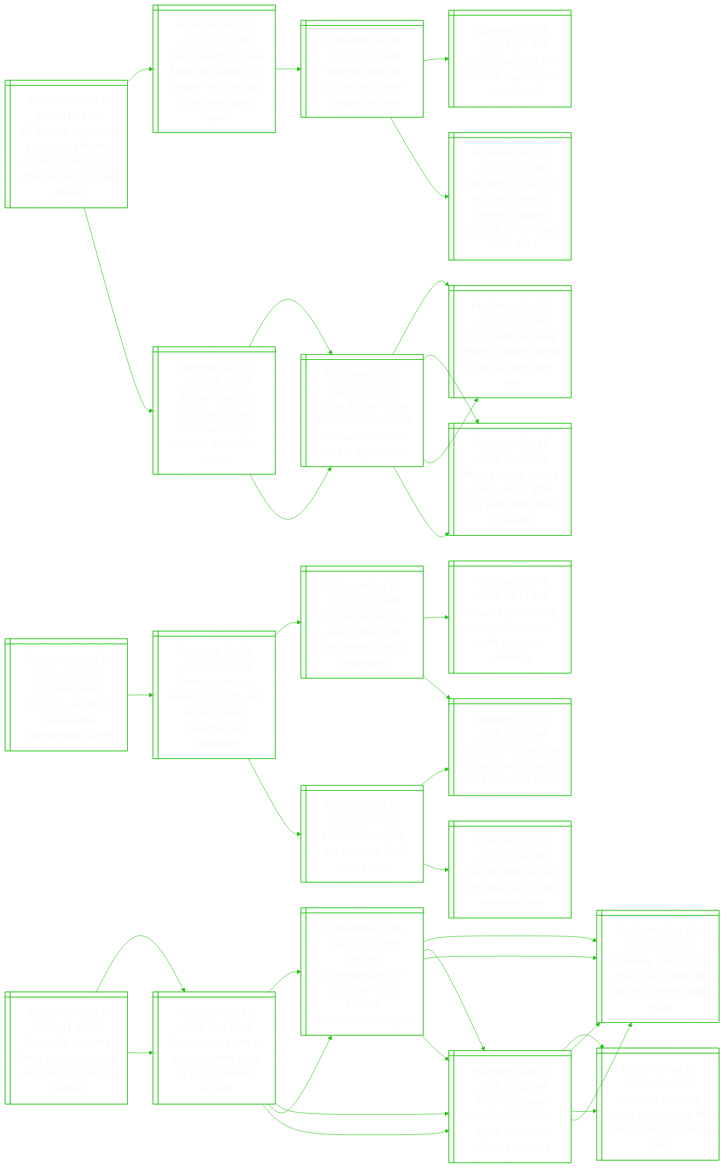
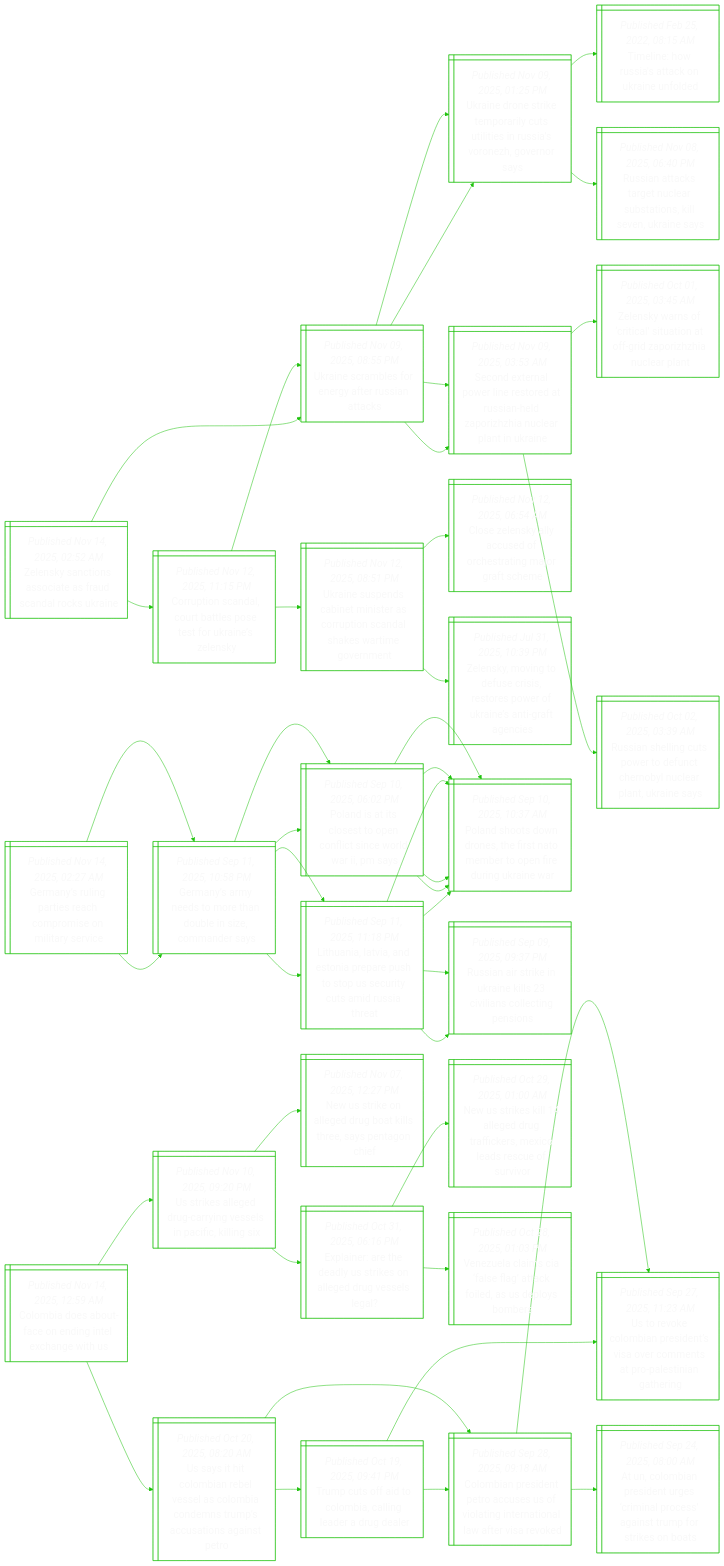
Before and after one commit to notJmes/notJmes: the diagram in README.md, drawn with Mermaid. The commit also changed other lines of this file, not shown here.

````diff
--- a/README.md
+++ b/README.md
@@ -16,112 +16,136 @@
 flowchart LR
 classDef txtsize font-size:20px;
 
-Meekenanhcoa@{ shape: win-pane, label: "_Published Nov 13, 2025, 11:40 PM_
-Merz tells zelensky fewer young ukrainian men should come to germany" }
-Uneoangtlad@{ shape: win-pane, label: "_Published Aug 27, 2025, 01:11 AM_
-Ukraine eases ban on ukrainian men aged 18 to 22 travelling abroad" }
-Unndoseienpvg@{ shape: win-pane, label: "_Published Aug 26, 2025, 10:27 PM_
-Ukraine acknowledges for first time russia entered dnipropetrovsk region" }
-Zsysieisitit@{ shape: win-pane, label: "_Published Aug 22, 2025, 08:47 PM_
-Zelensky says russia doing ‘everything’ to stop his meeting with putin" }
-Woiaamiesics@{ shape: win-pane, label: "_Published Aug 23, 2025, 01:52 AM_
-With no ukraine peace deal, trump again threatens russia sanctions" }
-Woiaamiesics@{ shape: win-pane, label: "_Published Aug 23, 2025, 01:52 AM_
-With no ukraine peace deal, trump again threatens russia sanctions" }
-UnlyRanrefes@{ shape: win-pane, label: "_Published Aug 22, 2025, 03:43 AM_
-Ukraine’s zelensky says russia trying to ‘wriggle out’ of peace talks" }
-Zsysieisitit@{ shape: win-pane, label: "_Published Aug 22, 2025, 08:47 PM_
-Zelensky says russia doing ‘everything’ to stop his meeting with putin" }
-Uneoangtlad@{ shape: win-pane, label: "_Published Aug 27, 2025, 01:11 AM_
-Ukraine eases ban on ukrainian men aged 18 to 22 travelling abroad" }
-Unndoseienpvg@{ shape: win-pane, label: "_Published Aug 26, 2025, 10:27 PM_
-Ukraine acknowledges for first time russia entered dnipropetrovsk region" }
-Zsysieisitit@{ shape: win-pane, label: "_Published Aug 22, 2025, 08:47 PM_
-Zelensky says russia doing ‘everything’ to stop his meeting with putin" }
-Woiaamiesics@{ shape: win-pane, label: "_Published Aug 23, 2025, 01:52 AM_
-With no ukraine peace deal, trump again threatens russia sanctions" }
-Woiaamiesics@{ shape: win-pane, label: "_Published Aug 23, 2025, 01:52 AM_
-With no ukraine peace deal, trump again threatens russia sanctions" }
-UnlyRanrefes@{ shape: win-pane, label: "_Published Aug 22, 2025, 03:43 AM_
-Ukraine’s zelensky says russia trying to ‘wriggle out’ of peace talks" }
-Zsysieisitit@{ shape: win-pane, label: "_Published Aug 22, 2025, 08:47 PM_
-Zelensky says russia doing ‘everything’ to stop his meeting with putin" }
+ZsnnoeaarUn@{ shape: win-pane, label: "_Published Nov 14, 2025, 02:52 AM_
+Zelensky sanctions associate as fraud scandal rocks ukraine" }
+UnasnaRaa@{ shape: win-pane, label: "_Published Nov 09, 2025, 08:55 PM_
+Ukraine scrambles for energy after russian attacks" }
+Unnimruieusnoos@{ shape: win-pane, label: "_Published Nov 09, 2025, 01:25 PM_
+Ukraine drone strike temporarily cuts utilities in russia’s voronezh, governor says" }
+Tiwitnifd@{ shape: win-pane, label: "_Published Feb 25, 2022, 08:15 AM_
+Timeline: how russia's attack on ukraine unfolded" }
+Raaanasoleaa@{ shape: win-pane, label: "_Published Nov 08, 2025, 06:40 PM_
+Russian attacks target nuclear substations, kill seven, ukraine says" }
+SdroisdshazaeaUn@{ shape: win-pane, label: "_Published Nov 09, 2025, 03:53 AM_
+Second external power line restored at russian-held zaporizhzhia nuclear plant in ukraine" }
+Zsrcctofdrhcp@{ shape: win-pane, label: "_Published Oct 01, 2025, 03:45 AM_
+Zelensky warns of ‘critical’ situation at off-grid zaporizhzhia nuclear plant" }
+Ralcooneyllke@{ shape: win-pane, label: "_Published Oct 02, 2025, 03:39 AM_
+Russian shelling cuts power to defunct chernobyl nuclear plant, ukraine says" }
+CpsartosUnly@{ shape: win-pane, label: "_Published Nov 12, 2025, 11:15 PM_
+Corruption scandal, court battles pose test for ukraine’s zelensky" }
+UnpCeiaronhwmen@{ shape: win-pane, label: "_Published Nov 12, 2025, 08:51 PM_
+Ukraine suspends cabinet minister as corruption scandal shakes wartime government" }
+CZslufetarc@{ shape: win-pane, label: "_Published Nov 12, 2025, 06:54 AM_
+Close zelensky ally accused of orchestrating major graft scheme" }
+Zsvossssrrsgai@{ shape: win-pane, label: "_Published Jul 31, 2025, 10:39 PM_
+Zelensky, moving to defuse crisis, restores power of ukraine’s anti-graft agencies" }
+UnasnaRaa@{ shape: win-pane, label: "_Published Nov 09, 2025, 08:55 PM_
+Ukraine scrambles for energy after russian attacks" }
+Unnimruieusnoos@{ shape: win-pane, label: "_Published Nov 09, 2025, 01:25 PM_
+Ukraine drone strike temporarily cuts utilities in russia’s voronezh, governor says" }
+SdroisdshazaeaUn@{ shape: win-pane, label: "_Published Nov 09, 2025, 03:53 AM_
+Second external power line restored at russian-held zaporizhzhia nuclear plant in ukraine" }
 
-Meekenanhcoa:::txtsize --> Uneoangtlad:::txtsize
-Uneoangtlad:::txtsize --> Unndoseienpvg:::txtsize
-Unndoseienpvg:::txtsize --> Zsysieisitit:::txtsize
-Unndoseienpvg:::txtsize --> Woiaamiesics:::txtsize
-Uneoangtlad:::txtsize --> Woiaamiesics:::txtsize
-Woiaamiesics:::txtsize --> UnlyRanrefes:::txtsize
-Woiaamiesics:::txtsize --> Zsysieisitit:::txtsize
-Meekenanhcoa:::txtsize --> Uneoangtlad:::txtsize
-Uneoangtlad:::txtsize --> Unndoseienpvg:::txtsize
-Unndoseienpvg:::txtsize --> Zsysieisitit:::txtsize
-Unndoseienpvg:::txtsize --> Woiaamiesics:::txtsize
-Uneoangtlad:::txtsize --> Woiaamiesics:::txtsize
-Woiaamiesics:::txtsize --> UnlyRanrefes:::txtsize
-Woiaamiesics:::txtsize --> Zsysieisitit:::txtsize
+ZsnnoeaarUn:::txtsize --> UnasnaRaa:::txtsize
+UnasnaRaa:::txtsize --> Unnimruieusnoos:::txtsize
+Unnimruieusnoos:::txtsize --> Tiwitnifd:::txtsize
+Unnimruieusnoos:::txtsize --> Raaanasoleaa:::txtsize
+UnasnaRaa:::txtsize --> SdroisdshazaeaUn:::txtsize
+SdroisdshazaeaUn:::txtsize --> Zsrcctofdrhcp:::txtsize
+SdroisdshazaeaUn:::txtsize --> Ralcooneyllke:::txtsize
+ZsnnoeaarUn:::txtsize --> CpsartosUnly:::txtsize
+CpsartosUnly:::txtsize --> UnpCeiaronhwmen:::txtsize
+UnpCeiaronhwmen:::txtsize --> CZslufetarc:::txtsize
+UnpCeiaronhwmen:::txtsize --> Zsvossssrrsgai:::txtsize
+CpsartosUnly:::txtsize --> UnasnaRaa:::txtsize
+UnasnaRaa:::txtsize --> Unnimruieusnoos:::txtsize
+UnasnaRaa:::txtsize --> SdroisdshazaeaUn:::txtsize
 
-Eaieriounttcwfke@{ shape: win-pane, label: "_Published Nov 13, 2025, 11:26 PM_
-Eu finance ministers agree using frozen russian assets most effective way to fund ukraine" }
-Twtsalorilbavrw@{ shape: win-pane, label: "_Published Nov 12, 2025, 03:00 PM_
-The eu wants to raise financial support for ukraine. will member states ever agree how?" }
-DsruasvUn@{ shape: win-pane, label: "_Published Feb 24, 2022, 11:01 AM_
-'darkest hours of europe' as russia invades ukraine" }
-Eshiaalocs@{ shape: win-pane, label: "_Published Feb 24, 2022, 12:41 PM_
-Explosions heard in ukraine capital kyiv, other cities" }
-OaUuakaogrmc@{ shape: win-pane, label: "_Published Feb 24, 2022, 05:20 PM_
-Oil soars to us$105 as russia attacks ukraine, topping us$100 for 1st time since 2014" }
-Busauasszsaske@{ shape: win-pane, label: "_Published Oct 02, 2025, 08:50 PM_
-Belgium says eu states must share risk to use frozen russian assets for ukraine" }
-Elrgessfakeoau@{ shape: win-pane, label: "_Published Oct 01, 2025, 09:29 PM_
-Eu mulls over using frozen russian assets for loan to ukraine, wary of legal issues" }
-Eoufnisoker@{ shape: win-pane, label: "_Published Aug 31, 2025, 12:28 AM_
-Eu to work on using frozen russian assets to aid ukraine after war" }
-Rasptlfnttss@{ shape: win-pane, label: "_Published Sep 15, 2025, 04:05 PM_
-Russia warns europe that it will go after any state that takes its assets" }
-Elrgessfakeoau@{ shape: win-pane, label: "_Published Oct 01, 2025, 09:29 PM_
-Eu mulls over using frozen russian assets for loan to ukraine, wary of legal issues" }
-Eoufnisoker@{ shape: win-pane, label: "_Published Aug 31, 2025, 12:28 AM_
-Eu to work on using frozen russian assets to aid ukraine after war" }
-Rasptlfnttss@{ shape: win-pane, label: "_Published Sep 15, 2025, 04:05 PM_
-Russia warns europe that it will go after any state that takes its assets" }
+Gnlashrelyi@{ shape: win-pane, label: "_Published Nov 14, 2025, 02:27 AM_
+Germany’s ruling parties reach compromise on military service" }
+Gnmdoabsody@{ shape: win-pane, label: "_Published Sep 11, 2025, 10:58 PM_
+Germany’s army needs to more than double in size, commander says" }
+LaaatprhoetsRaa@{ shape: win-pane, label: "_Published Sep 11, 2025, 11:18 PM_
+Lithuania, latvia, and estonia prepare push to stop us security cuts amid russia threat" }
+PdtnefNetndgir@{ shape: win-pane, label: "_Published Sep 10, 2025, 10:37 AM_
+Poland shoots down drones, the first nato member to open fire during ukraine war" }
+Raserkcioten@{ shape: win-pane, label: "_Published Sep 09, 2025, 09:37 PM_
+Russian air strike in ukraine kills 23 civilians collecting pensions" }
+PdiotnlioaM@{ shape: win-pane, label: "_Published Sep 10, 2025, 06:02 PM_
+Poland is at its closest to open conflict since world war ii, pm says" }
+PdtnefNetndgir@{ shape: win-pane, label: "_Published Sep 10, 2025, 10:37 AM_
+Poland shoots down drones, the first nato member to open fire during ukraine war" }
+PdtnefNetndgir@{ shape: win-pane, label: "_Published Sep 10, 2025, 10:37 AM_
+Poland shoots down drones, the first nato member to open fire during ukraine war" }
+Gnmdoabsody@{ shape: win-pane, label: "_Published Sep 11, 2025, 10:58 PM_
+Germany’s army needs to more than double in size, commander says" }
+LaaatprhoetsRaa@{ shape: win-pane, label: "_Published Sep 11, 2025, 11:18 PM_
+Lithuania, latvia, and estonia prepare push to stop us security cuts amid russia threat" }
+PdtnefNetndgir@{ shape: win-pane, label: "_Published Sep 10, 2025, 10:37 AM_
+Poland shoots down drones, the first nato member to open fire during ukraine war" }
+Raserkcioten@{ shape: win-pane, label: "_Published Sep 09, 2025, 09:37 PM_
+Russian air strike in ukraine kills 23 civilians collecting pensions" }
+PdiotnlioaM@{ shape: win-pane, label: "_Published Sep 10, 2025, 06:02 PM_
+Poland is at its closest to open conflict since world war ii, pm says" }
+PdtnefNetndgir@{ shape: win-pane, label: "_Published Sep 10, 2025, 10:37 AM_
+Poland shoots down drones, the first nato member to open fire during ukraine war" }
+PdtnefNetndgir@{ shape: win-pane, label: "_Published Sep 10, 2025, 10:37 AM_
+Poland shoots down drones, the first nato member to open fire during ukraine war" }
 
-Eaieriounttcwfke:::txtsize --> Twtsalorilbavrw:::txtsize
-Twtsalorilbavrw:::txtsize --> DsruasvUn:::txtsize
-DsruasvUn:::txtsize --> Eshiaalocs:::txtsize
-DsruasvUn:::txtsize --> OaUuakaogrmc:::txtsize
-Eaieriounttcwfke:::txtsize --> Busauasszsaske:::txtsize
-Busauasszsaske:::txtsize --> Elrgessfakeoau:::txtsize
-Elrgessfakeoau:::txtsize --> Eoufnisoker:::txtsize
-Elrgessfakeoau:::txtsize --> Rasptlfnttss:::txtsize
-Busauasszsaske:::txtsize --> Elrgessfakeoau:::txtsize
-Elrgessfakeoau:::txtsize --> Eoufnisoker:::txtsize
-Elrgessfakeoau:::txtsize --> Rasptlfnttss:::txtsize
+Gnlashrelyi:::txtsize --> Gnmdoabsody:::txtsize
+Gnmdoabsody:::txtsize --> LaaatprhoetsRaa:::txtsize
+LaaatprhoetsRaa:::txtsize --> PdtnefNetndgir:::txtsize
+LaaatprhoetsRaa:::txtsize --> Raserkcioten:::txtsize
+Gnmdoabsody:::txtsize --> PdiotnlioaM:::txtsize
+PdiotnlioaM:::txtsize --> PdtnefNetndgir:::txtsize
+PdiotnlioaM:::txtsize --> PdtnefNetndgir:::txtsize
+Gnlashrelyi:::txtsize --> Gnmdoabsody:::txtsize
+Gnmdoabsody:::txtsize --> LaaatprhoetsRaa:::txtsize
+LaaatprhoetsRaa:::txtsize --> PdtnefNetndgir:::txtsize
+LaaatprhoetsRaa:::txtsize --> Raserkcioten:::txtsize
+Gnmdoabsody:::txtsize --> PdiotnlioaM:::txtsize
+PdiotnlioaM:::txtsize --> PdtnefNetndgir:::txtsize
+PdiotnlioaM:::txtsize --> PdtnefNetndgir:::txtsize
 
-PlncsetllrnG@{ shape: win-pane, label: "_Published Nov 13, 2025, 11:23 PM_
-Pro-palestinian activists use lift to scale berlin’s brandenburg gate" }
-Gnahrieohlhci@{ shape: win-pane, label: "_Published Oct 24, 2025, 01:32 PM_
-German company behind truck-lift used in louvre heist launches ad campaign" }
-LeePOhretmu@{ shape: win-pane, label: "_Published Oct 20, 2025, 01:01 AM_
-Louvre robbery in paris: other high-profile heists from museums" }
-Ptineluiisey@{ shape: win-pane, label: "_Published Oct 19, 2025, 05:51 PM_
-Power tool-wielding thieves flee louvre with ‘priceless’ jewellery" }
-PLeubhwitea@{ shape: win-pane, label: "_Published Oct 20, 2025, 02:36 AM_
-Paris’ louvre museum robbery: what jewels did the thieves steal?" }
-FeiDmaLet@{ shape: win-pane, label: "_Published Oct 24, 2025, 08:11 AM_
-France examining dna samples after louvre heist" }
-PLeubhwitea@{ shape: win-pane, label: "_Published Oct 20, 2025, 02:36 AM_
-Paris’ louvre museum robbery: what jewels did the thieves steal?" }
-LefeVfeei@{ shape: win-pane, label: "_Published Oct 23, 2025, 12:47 AM_
-Louvre chief blames cctv gaps for $130m jewellery heist" }
+Cbeuednxgh@{ shape: win-pane, label: "_Published Nov 14, 2025, 12:59 AM_
+Colombia does about-face on ending intel exchange with us" }
+Uildcisiiig@{ shape: win-pane, label: "_Published Nov 10, 2025, 09:20 PM_
+Us strikes alleged drug-carrying vessels in pacific, killing six" }
+Nseldolrytc@{ shape: win-pane, label: "_Published Nov 07, 2025, 12:27 PM_
+New us strike on alleged drug boat kills three, says pentagon chief" }
+Eirdyroersl@{ shape: win-pane, label: "_Published Oct 31, 2025, 06:16 PM_
+Explainer: are the deadly us strikes on alleged drug vessels legal?​" }
+Nselgufexeeov@{ shape: win-pane, label: "_Published Oct 29, 2025, 01:00 AM_
+New us strikes kill 14 alleged drug traffickers, mexico leads rescue of survivor" }
+VulClaaispbr@{ shape: win-pane, label: "_Published Oct 28, 2025, 01:03 PM_
+Venezuela claims cia ‘false flag’ attack foiled, as us deploys bombers" }
+Ustmrvllaeraasnt@{ shape: win-pane, label: "_Published Oct 20, 2025, 08:20 AM_
+Us says it hit colombian rebel vessel as colombia condemns trump’s accusations against petro" }
+Tcftocndra@{ shape: win-pane, label: "_Published Oct 19, 2025, 09:41 PM_
+Trump cuts off aid to colombia, calling leader a drug dealer" }
+UeCbreiemaPtne@{ shape: win-pane, label: "_Published Sep 27, 2025, 11:23 AM_
+Us to revoke colombian president’s visa over comments at pro-palestinian gathering" }
+CbretcUiittlfiv@{ shape: win-pane, label: "_Published Sep 28, 2025, 09:18 AM_
+Colombian president petro accuses us of violating international law after visa revoked" }
+CbretcUiittlfiv@{ shape: win-pane, label: "_Published Sep 28, 2025, 09:18 AM_
+Colombian president petro accuses us of violating international law after visa revoked" }
+UeCbreiemaPtne@{ shape: win-pane, label: "_Published Sep 27, 2025, 11:23 AM_
+Us to revoke colombian president’s visa over comments at pro-palestinian gathering" }
+Aoienempsiroins@{ shape: win-pane, label: "_Published Sep 24, 2025, 08:00 AM_
+At un, colombian president urges ‘criminal process’ against trump for strikes on boats" }
 
-PlncsetllrnG:::txtsize --> Gnahrieohlhci:::txtsize
-Gnahrieohlhci:::txtsize --> LeePOhretmu:::txtsize
-LeePOhretmu:::txtsize --> Ptineluiisey:::txtsize
-LeePOhretmu:::txtsize --> PLeubhwitea:::txtsize
-Gnahrieohlhci:::txtsize --> FeiDmaLet:::txtsize
-FeiDmaLet:::txtsize --> PLeubhwitea:::txtsize
-FeiDmaLet:::txtsize --> LefeVfeei:::txtsize
+Cbeuednxgh:::txtsize --> Uildcisiiig:::txtsize
+Uildcisiiig:::txtsize --> Nseldolrytc:::txtsize
+Uildcisiiig:::txtsize --> Eirdyroersl:::txtsize
+Eirdyroersl:::txtsize --> Nselgufexeeov:::txtsize
+Eirdyroersl:::txtsize --> VulClaaispbr:::txtsize
+Cbeuednxgh:::txtsize --> Ustmrvllaeraasnt:::txtsize
+Ustmrvllaeraasnt:::txtsize --> Tcftocndra:::txtsize
+Tcftocndra:::txtsize --> UeCbreiemaPtne:::txtsize
+Tcftocndra:::txtsize --> CbretcUiittlfiv:::txtsize
+Ustmrvllaeraasnt:::txtsize --> CbretcUiittlfiv:::txtsize
+CbretcUiittlfiv:::txtsize --> UeCbreiemaPtne:::txtsize
+CbretcUiittlfiv:::txtsize --> Aoienempsiroins:::txtsize
 
 ```
````
